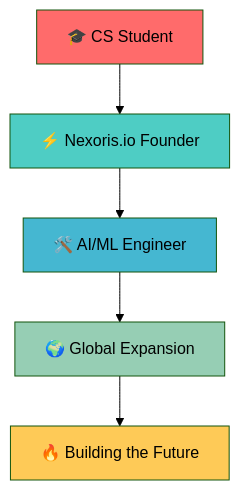
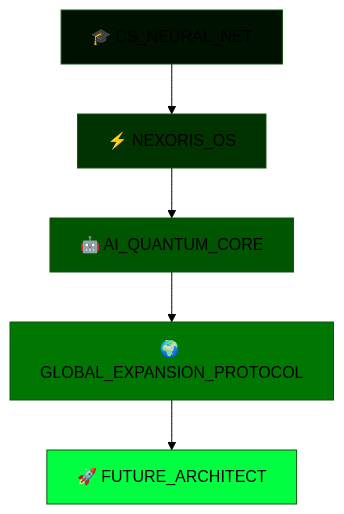
One commit to gooseprime/gooseprime changed the first of 7 diagrams in README.md. Above: the diagram before and after it, drawn with Mermaid (forest theme). The commit also changed other lines of this file, not shown here.

````diff
--- a/README.md
+++ b/README.md
@@ -23,13 +23,13 @@
 ```mermaid
 graph TD
-    A[🎓 CS Student] --> B[⚡ Nexoris.io Founder]
-    B --> C[🛠️ AI/ML Engineer]
-    C --> D[🌍 Global Expansion]
-    D --> E[🔥 Building the Future]
+    A[🎓 CS_NEURAL_NET] --> B[⚡ NEXORIS_OS]
+    B --> C[🤖 AI_QUANTUM_CORE]
+    C --> D[🌍 GLOBAL_EXPANSION_PROTOCOL]
+    D --> E[🚀 FUTURE_ARCHITECT]
     
-    style A fill:#ff6b6b
-    style B fill:#4ecdc4
-    style C fill:#45b7d1
-    style D fill:#96ceb4
-    style E fill:#feca57
+    style A fill:#001100
+    style B fill:#003300
+    style C fill:#005500
+    style D fill:#007700
+    style E fill:#00FF41
 ```
````
